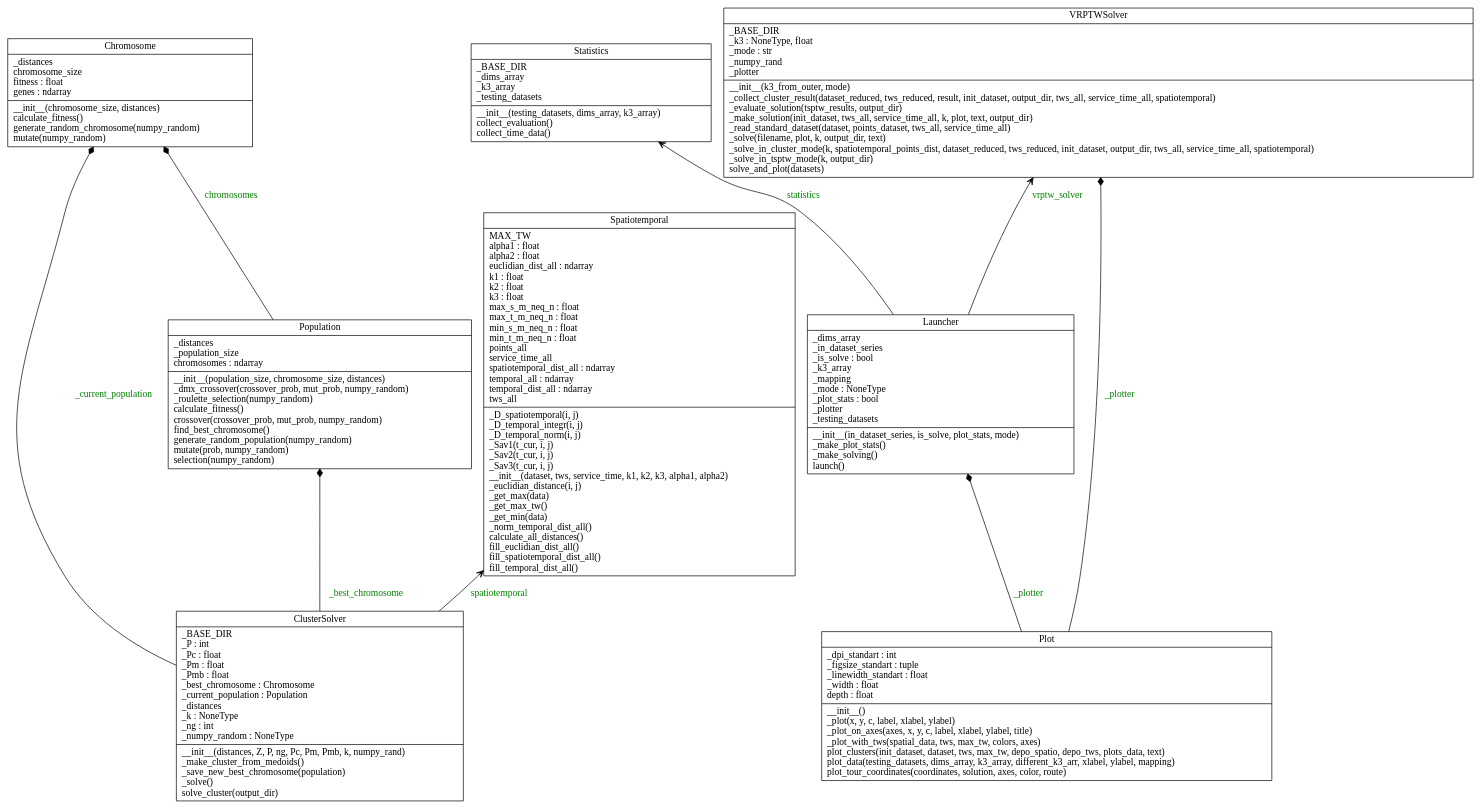
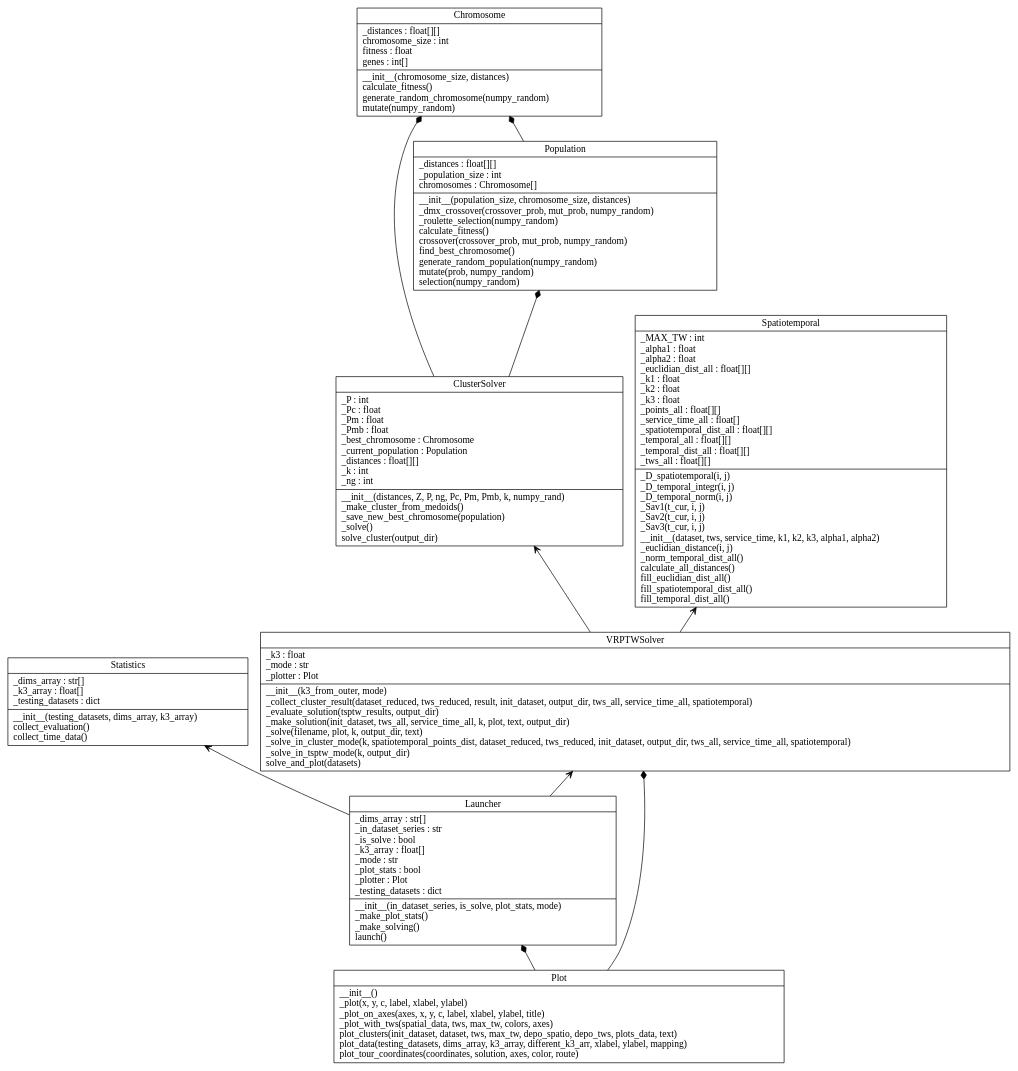
The diagram in test_diagram.dot (Stranger488/vrptw-ga-k-medoid), drawn with Graphviz before and after one commit. The commit also changed 282 other files, not shown here.

```diff
--- a/test_diagram.dot
+++ b/test_diagram.dot
@@ -1,20 +1,21 @@
 digraph "classes" {
 charset="utf-8"
 rankdir=BT
-"0" [label="{Chromosome|_distances\lchromosome_size\lfitness : float\lgenes : ndarray\l|__init__(chromosome_size, distances)\lcalculate_fitness()\lgenerate_random_chromosome(numpy_random)\lmutate(numpy_random)\l}", shape="record"];
-"1" [label="{ClusterSolver|_BASE_DIR\l_P : int\l_Pc : float\l_Pm : float\l_Pmb : float\l_best_chromosome : Chromosome\l_current_population : Population\l_distances\l_k : NoneType\l_ng : int\l_numpy_random : NoneType\l|__init__(distances, Z, P, ng, Pc, Pm, Pmb, k, numpy_rand)\l_make_cluster_from_medoids()\l_save_new_best_chromosome(population)\l_solve()\lsolve_cluster(output_dir)\l}", shape="record"];
-"2" [label="{Launcher|_dims_array\l_in_dataset_series\l_is_solve : bool\l_k3_array\l_mapping\l_mode : NoneType\l_plot_stats : bool\l_plotter\l_testing_datasets\l|__init__(in_dataset_series, is_solve, plot_stats, mode)\l_make_plot_stats()\l_make_solving()\llaunch()\l}", shape="record"];
-"3" [label="{Plot|_dpi_standart : int\l_figsize_standart : tuple\l_linewidth_standart : float\l_width : float\ldepth : float\l|__init__()\l_plot(x, y, c, label, xlabel, ylabel)\l_plot_on_axes(axes, x, y, c, label, xlabel, ylabel, title)\l_plot_with_tws(spatial_data, tws, max_tw, colors, axes)\lplot_clusters(init_dataset, dataset, tws, max_tw, depo_spatio, depo_tws, plots_data, text)\lplot_data(testing_datasets, dims_array, k3_array, different_k3_arr, xlabel, ylabel, mapping)\lplot_tour_coordinates(coordinates, solution, axes, color, route)\l}", shape="record"];
-"4" [label="{Population|_distances\l_population_size\lchromosomes : ndarray\l|__init__(population_size, chromosome_size, distances)\l_dmx_crossover(crossover_prob, mut_prob, numpy_random)\l_roulette_selection(numpy_random)\lcalculate_fitness()\lcrossover(crossover_prob, mut_prob, numpy_random)\lfind_best_chromosome()\lgenerate_random_population(numpy_random)\lmutate(prob, numpy_random)\lselection(numpy_random)\l}", shape="record"];
-"5" [label="{Spatiotemporal|MAX_TW\lalpha1 : float\lalpha2 : float\leuclidian_dist_all : ndarray\lk1 : float\lk2 : float\lk3 : float\lmax_s_m_neq_n : float\lmax_t_m_neq_n : float\lmin_s_m_neq_n : float\lmin_t_m_neq_n : float\lpoints_all\lservice_time_all\lspatiotemporal_dist_all : ndarray\ltemporal_all : ndarray\ltemporal_dist_all : ndarray\ltws_all\l|_D_spatiotemporal(i, j)\l_D_temporal_integr(i, j)\l_D_temporal_norm(i, j)\l_Sav1(t_cur, i, j)\l_Sav2(t_cur, i, j)\l_Sav3(t_cur, i, j)\l__init__(dataset, tws, service_time, k1, k2, k3, alpha1, alpha2)\l_euclidian_distance(i, j)\l_get_max(data)\l_get_max_tw()\l_get_min(data)\l_norm_temporal_dist_all()\lcalculate_all_distances()\lfill_euclidian_dist_all()\lfill_spatiotemporal_dist_all()\lfill_temporal_dist_all()\l}", shape="record"];
-"6" [label="{Statistics|_BASE_DIR\l_dims_array\l_k3_array\l_testing_datasets\l|__init__(testing_datasets, dims_array, k3_array)\lcollect_evaluation()\lcollect_time_data()\l}", shape="record"];
-"7" [label="{VRPTWSolver|_BASE_DIR\l_k3 : NoneType, float\l_mode : str\l_numpy_rand\l_plotter\l|__init__(k3_from_outer, mode)\l_collect_cluster_result(dataset_reduced, tws_reduced, result, init_dataset, output_dir, tws_all, service_time_all, spatiotemporal)\l_evaluate_solution(tsptw_results, output_dir)\l_make_solution(init_dataset, tws_all, service_time_all, k, plot, text, output_dir)\l_read_standard_dataset(dataset, points_dataset, tws_all, service_time_all)\l_solve(filename, plot, k, output_dir, text)\l_solve_in_cluster_mode(k, spatiotemporal_points_dist, dataset_reduced, tws_reduced, init_dataset, output_dir, tws_all, service_time_all, spatiotemporal)\l_solve_in_tsptw_mode(k, output_dir)\lsolve_and_plot(datasets)\l}", shape="record"];
-"3" -> "2" [arrowhead="diamond", arrowtail="none", fontcolor="green", label="_plotter", style="solid"];
-"3" -> "7" [arrowhead="diamond", arrowtail="none", fontcolor="green", label="_plotter", style="solid"];
-"1" -> "0" [arrowhead="diamond", arrowtail="none", fontcolor="green", label="_current_population", style="solid"];
-"1" -> "4" [arrowhead="diamond", arrowtail="none", fontcolor="green", label="_best_chromosome", style="solid"];
-"4" -> "0" [arrowhead="diamond", arrowtail="none", fontcolor="green", label="chromosomes", style="solid"];
-"1" -> "5" [arrowhead="open", arrowtail="none", fontcolor="green", label="spatiotemporal", style="solid"];
-"2" -> "7" [arrowhead="open", arrowtail="none", fontcolor="green", label="vrptw_solver", style="solid"];
-"2" -> "6" [arrowhead="open", arrowtail="none", fontcolor="green", label="statistics", style="solid"];
+"0" [label="{Chromosome|_distances : float[][]\lchromosome_size : int\lfitness : float\lgenes : int[]\l|__init__(chromosome_size, distances)\lcalculate_fitness()\lgenerate_random_chromosome(numpy_random)\lmutate(numpy_random)\l}", shape="record"];
+"1" [label="{ClusterSolver|_P : int\l_Pc : float\l_Pm : float\l_Pmb : float\l_best_chromosome : Chromosome\l_current_population : Population\l_distances : float[][]\l_k : int\l_ng : int\l|__init__(distances, Z, P, ng, Pc, Pm, Pmb, k, numpy_rand)\l_make_cluster_from_medoids()\l_save_new_best_chromosome(population)\l_solve()\lsolve_cluster(output_dir)\l}", shape="record"];
+"2" [label="{Launcher|_dims_array : str[]\l_in_dataset_series : str\l_is_solve : bool\l_k3_array : float[]\l_mode : str\l_plot_stats : bool\l_plotter : Plot\l_testing_datasets : dict\l|__init__(in_dataset_series, is_solve, plot_stats, mode)\l_make_plot_stats()\l_make_solving()\llaunch()\l}", shape="record"];
+"3" [label="{Plot|__init__()\l_plot(x, y, c, label, xlabel, ylabel)\l_plot_on_axes(axes, x, y, c, label, xlabel, ylabel, title)\l_plot_with_tws(spatial_data, tws, max_tw, colors, axes)\lplot_clusters(init_dataset, dataset, tws, max_tw, depo_spatio, depo_tws, plots_data, text)\lplot_data(testing_datasets, dims_array, k3_array, different_k3_arr, xlabel, ylabel, mapping)\lplot_tour_coordinates(coordinates, solution, axes, color, route)\l}", shape="record"];
+"4" [label="{Population|_distances : float[][]\l_population_size : int\lchromosomes : Chromosome[]\l|__init__(population_size, chromosome_size, distances)\l_dmx_crossover(crossover_prob, mut_prob, numpy_random)\l_roulette_selection(numpy_random)\lcalculate_fitness()\lcrossover(crossover_prob, mut_prob, numpy_random)\lfind_best_chromosome()\lgenerate_random_population(numpy_random)\lmutate(prob, numpy_random)\lselection(numpy_random)\l}", shape="record"];
+"5" [label="{Spatiotemporal|_MAX_TW : int\l_alpha1 : float\l_alpha2 : float\l_euclidian_dist_all : float[][]\l_k1 : float\l_k2 : float\l_k3 : float\l_points_all : float[][]\l_service_time_all : float[]\l_spatiotemporal_dist_all : float[][]\l_temporal_all : float[][]\l_temporal_dist_all : float[][]\l_tws_all : float[][]\l|_D_spatiotemporal(i, j)\l_D_temporal_integr(i, j)\l_D_temporal_norm(i, j)\l_Sav1(t_cur, i, j)\l_Sav2(t_cur, i, j)\l_Sav3(t_cur, i, j)\l__init__(dataset, tws, service_time, k1, k2, k3, alpha1, alpha2)\l_euclidian_distance(i, j)\l_norm_temporal_dist_all()\lcalculate_all_distances()\lfill_euclidian_dist_all()\lfill_spatiotemporal_dist_all()\lfill_temporal_dist_all()\l}", shape="record"];
+"6" [label="{Statistics|_dims_array : str[]\l_k3_array : float[]\l_testing_datasets : dict\l|__init__(testing_datasets, dims_array, k3_array)\lcollect_evaluation()\lcollect_time_data()\l}", shape="record"];
+"7" [label="{VRPTWSolver|_k3 : float\l_mode : str\l_plotter : Plot\l|__init__(k3_from_outer, mode)\l_collect_cluster_result(dataset_reduced, tws_reduced, result, init_dataset, output_dir, tws_all, service_time_all, spatiotemporal)\l_evaluate_solution(tsptw_results, output_dir)\l_make_solution(init_dataset, tws_all, service_time_all, k, plot, text, output_dir)\l_solve(filename, plot, k, output_dir, text)\l_solve_in_cluster_mode(k, spatiotemporal_points_dist, dataset_reduced, tws_reduced, init_dataset, output_dir, tws_all, service_time_all, spatiotemporal)\l_solve_in_tsptw_mode(k, output_dir)\lsolve_and_plot(datasets)\l}", shape="record"];
+"3" -> "2" [arrowhead="diamond", arrowtail="none", fontcolor="green", style="solid"];
+"3" -> "7" [arrowhead="diamond", arrowtail="none", fontcolor="green", style="solid"];
+"1" -> "0" [arrowhead="diamond", arrowtail="none", fontcolor="green", style="solid"];
+"1" -> "4" [arrowhead="diamond", arrowtail="none", fontcolor="green", style="solid"];
+"4" -> "0" [arrowhead="diamond", arrowtail="none", fontcolor="green", style="solid"];
+"7" -> "5" [arrowhead="open", arrowtail="none", fontcolor="green", style="solid"];
+"2" -> "7" [arrowhead="open", arrowtail="none", fontcolor="green", style="solid"];
+"2" -> "6" [arrowhead="open", arrowtail="none", fontcolor="green", style="solid"];
+"7" -> "1" [arrowhead="open", arrowtail="none", fontcolor="green", style="solid"];
 }
```
